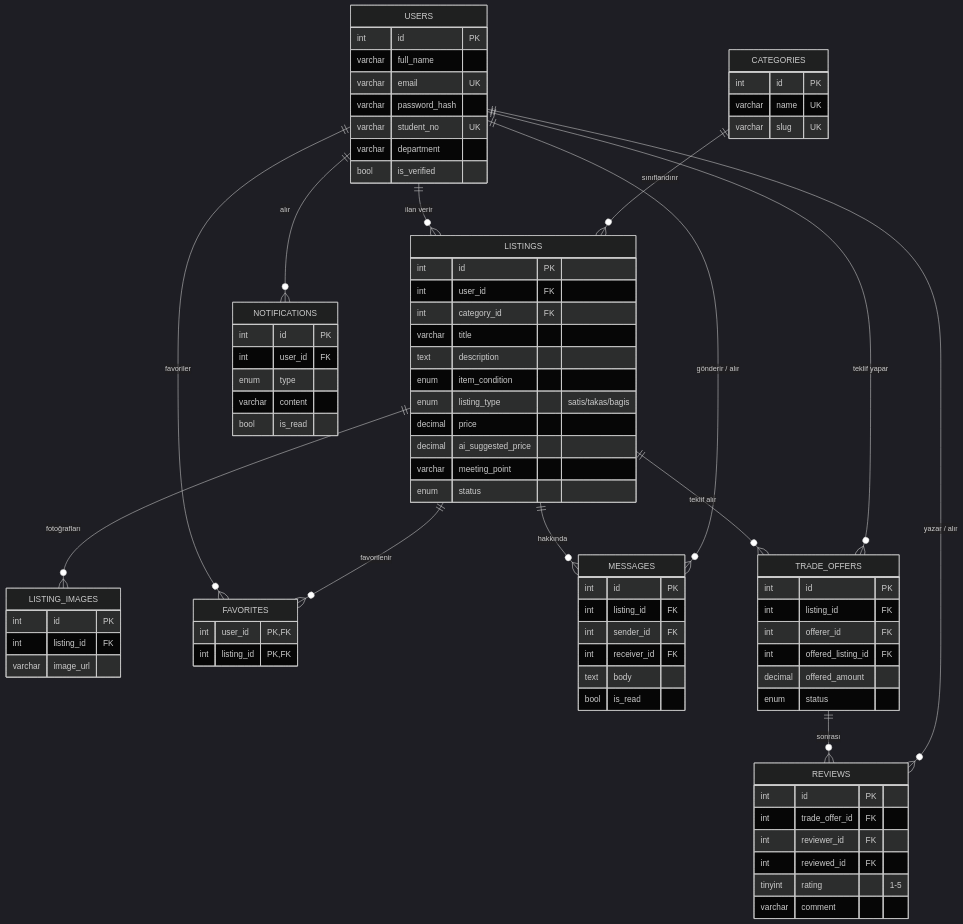
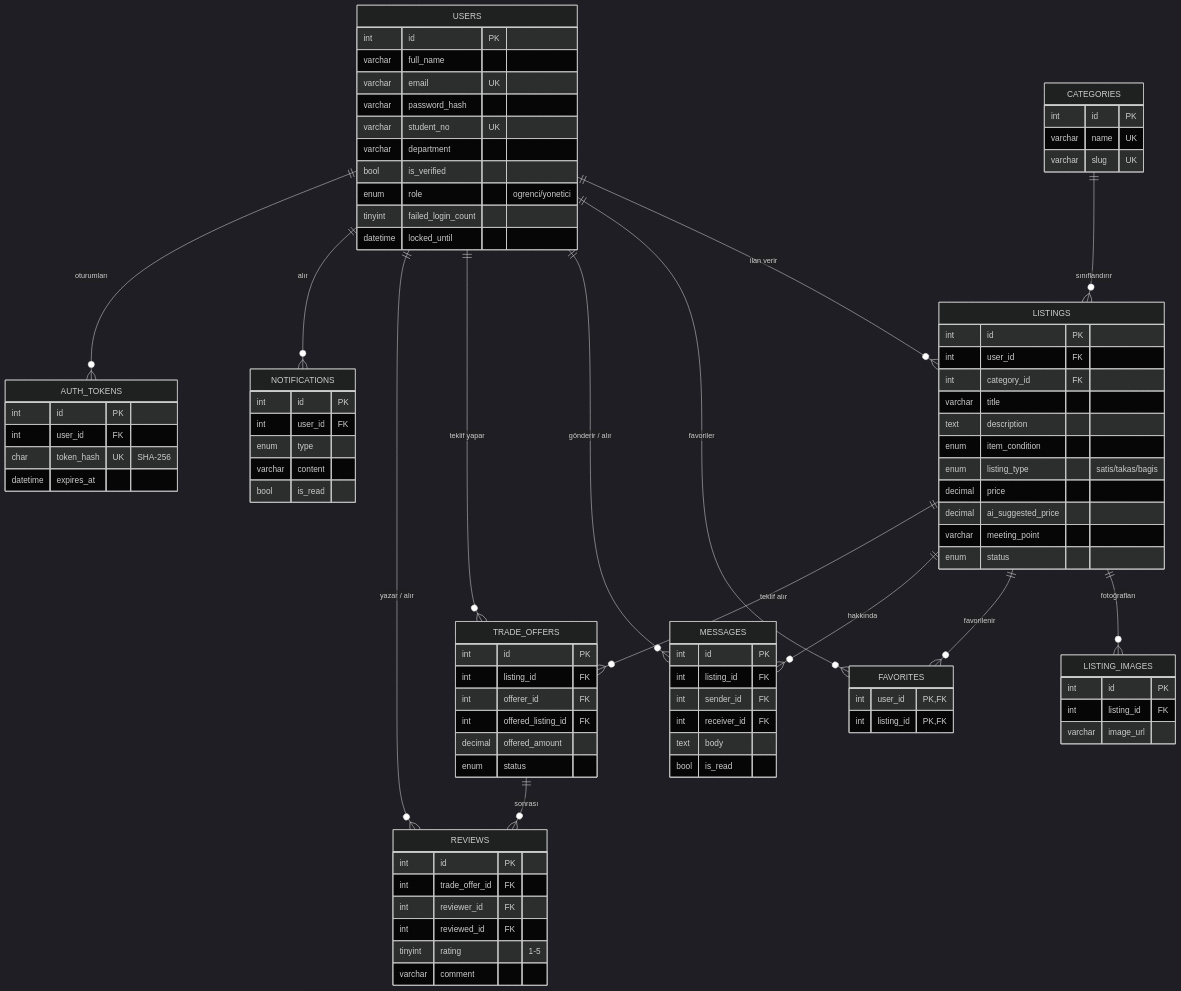
One commit to pelinkabadayi-21/kampus-takas-web- changed the diagram in docs/er-diyagrami.md. Above: the diagram before and after it, drawn with Mermaid (dark theme). The commit also changed 3 other files, not shown here.

First line of the commit message:
Hafta 5 [docs]: hafta 5 raporu, güvenlik notu, README ve ER güncellemesi

```diff
--- a/docs/er-diyagrami.md
+++ b/docs/er-diyagrami.md
@@ -16,6 +16,7 @@
     TRADE_OFFERS ||--o{ REVIEWS : "sonrası"
     USERS ||--o{ REVIEWS : "yazar / alır"
     USERS ||--o{ NOTIFICATIONS : "alır"
+    USERS ||--o{ AUTH_TOKENS : "oturumları"
 
     USERS {
         int id PK
@@ -25,6 +26,15 @@
         varchar student_no UK
         varchar department
         bool is_verified
+        enum role "ogrenci/yonetici"
+        tinyint failed_login_count
+        datetime locked_until
+    }
+    AUTH_TOKENS {
+        int id PK
+        int user_id FK
+        char token_hash UK "SHA-256"
+        datetime expires_at
     }
     CATEGORIES {
         int id PK
```
